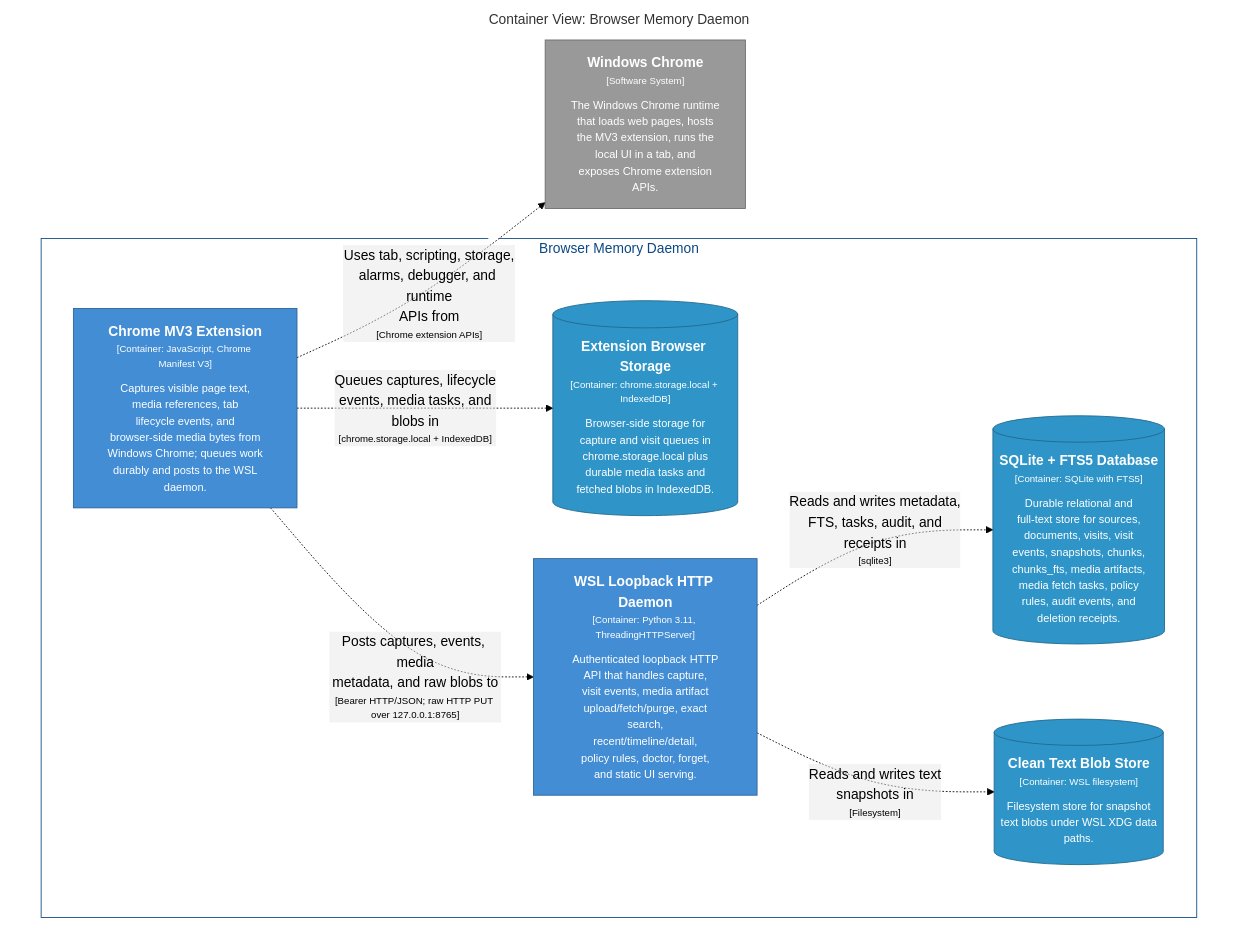
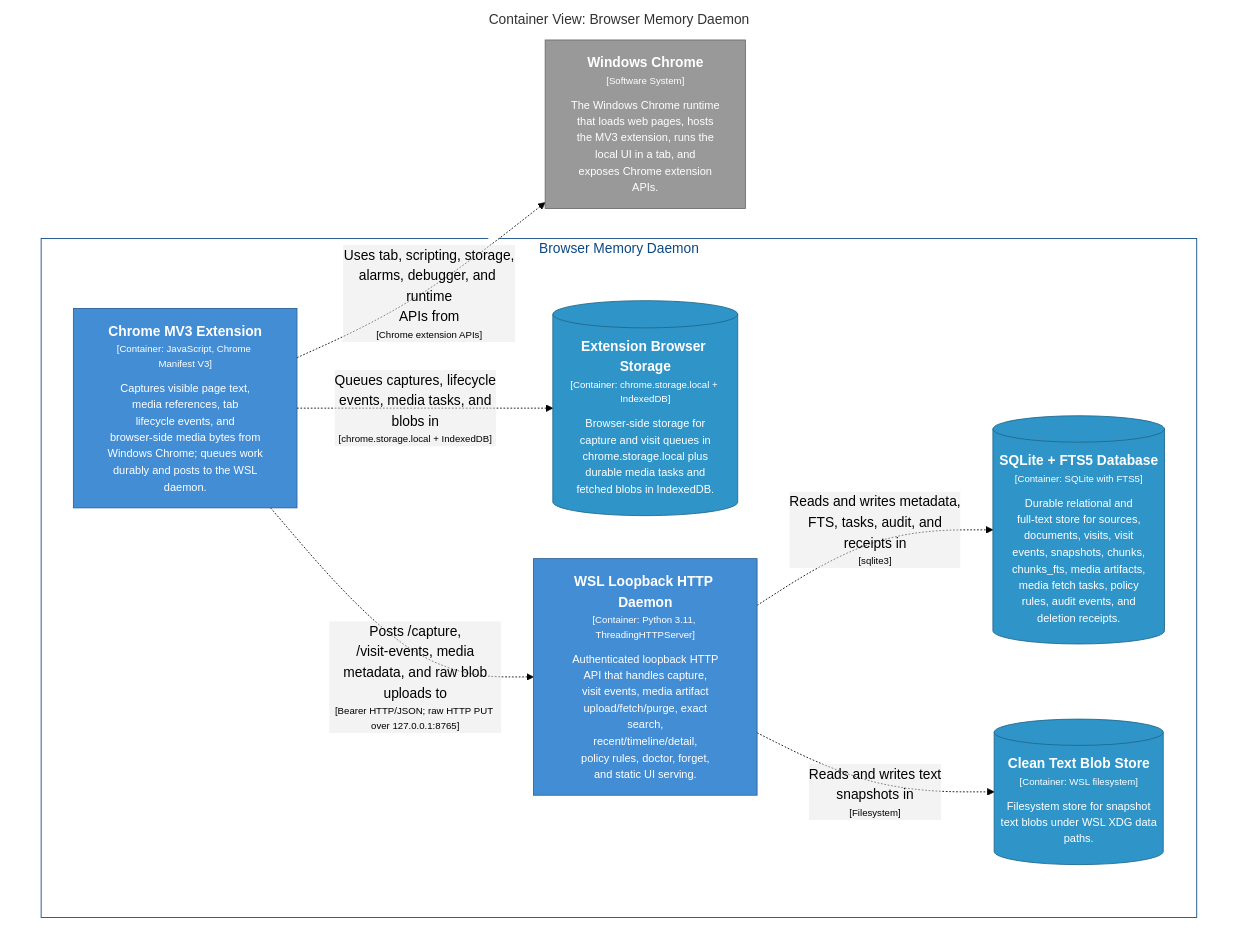
Before and after one commit to michaelnicks0/browser-memory-daemon: the diagram in architecture/diagrams/markdown/CaptureContainers.md, drawn with Mermaid (forest theme). The commit also changed 105 other files, not shown here.

Commit message:
docs: reconcile C4 and behavioral diagrams

````diff
--- a/architecture/diagrams/markdown/CaptureContainers.md
+++ b/architecture/diagrams/markdown/CaptureContainers.md
@@ -16,33 +16,33 @@
 ```mermaid
 graph TB
   linkStyle default fill:#ffffff
 
   subgraph diagram ["Container View: Browser Memory Daemon"]
     style diagram fill:#ffffff,stroke:#ffffff
 
     2["<div style='font-weight: bold'>Windows Chrome</div><div style='font-size: 70%; margin-top: 0px'>[Software System]</div><div style='font-size: 80%; margin-top:10px'>The Windows Chrome runtime<br />that loads web pages, hosts<br />the MV3 extension, runs the<br />local UI in a tab, and<br />exposes Chrome extension<br />APIs.</div>"]
     style 2 fill:#999999,stroke:#6b6b6b,color:#ffffff
 
     subgraph 4 ["Browser Memory Daemon"]
       style 4 fill:#ffffff,stroke:#0b4884,color:#0b4884
 
       13[("<div style='font-weight: bold'>Extension Browser Storage</div><div style='font-size: 70%; margin-top: 0px'>[Container: chrome.storage.local + IndexedDB]</div><div style='font-size: 80%; margin-top:10px'>Browser-side storage for<br />capture and visit queues in<br />chrome.storage.local plus<br />durable media tasks and<br />fetched blobs in IndexedDB.</div>")]
       style 13 fill:#2f95c8,stroke:#20688c,color:#ffffff
       14["<div style='font-weight: bold'>WSL Loopback HTTP Daemon</div><div style='font-size: 70%; margin-top: 0px'>[Container: Python 3.11, ThreadingHTTPServer]</div><div style='font-size: 80%; margin-top:10px'>Authenticated loopback HTTP<br />API that handles capture,<br />visit events, media artifact<br />upload/fetch/purge, exact<br />search,<br />recent/timeline/detail,<br />policy rules, doctor, forget,<br />and static UI serving.</div>"]
       style 14 fill:#438dd5,stroke:#2e6295,color:#ffffff
       27[("<div style='font-weight: bold'>SQLite + FTS5 Database</div><div style='font-size: 70%; margin-top: 0px'>[Container: SQLite with FTS5]</div><div style='font-size: 80%; margin-top:10px'>Durable relational and<br />full-text store for sources,<br />documents, visits, visit<br />events, snapshots, chunks,<br />chunks_fts, media artifacts,<br />media fetch tasks, policy<br />rules, audit events, and<br />deletion receipts.</div>")]
       style 27 fill:#2f95c8,stroke:#20688c,color:#ffffff
       28[("<div style='font-weight: bold'>Clean Text Blob Store</div><div style='font-size: 70%; margin-top: 0px'>[Container: WSL filesystem]</div><div style='font-size: 80%; margin-top:10px'>Filesystem store for snapshot<br />text blobs under WSL XDG data<br />paths.</div>")]
       style 28 fill:#2f95c8,stroke:#20688c,color:#ffffff
       5["<div style='font-weight: bold'>Chrome MV3 Extension</div><div style='font-size: 70%; margin-top: 0px'>[Container: JavaScript, Chrome Manifest V3]</div><div style='font-size: 80%; margin-top:10px'>Captures visible page text,<br />media references, tab<br />lifecycle events, and<br />browser-side media bytes from<br />Windows Chrome; queues work<br />durably and posts to the WSL<br />daemon.</div>"]
       style 5 fill:#438dd5,stroke:#2e6295,color:#ffffff
     end
 
     5-. "<div>Uses tab, scripting, storage,<br />alarms, debugger, and runtime<br />APIs from</div><div style='font-size: 70%'>[Chrome extension APIs]</div>" .->2
     5-. "<div>Queues captures, lifecycle<br />events, media tasks, and<br />blobs in</div><div style='font-size: 70%'>[chrome.storage.local + IndexedDB]</div>" .->13
-    5-. "<div>Posts captures, events, media<br />metadata, and raw blobs to</div><div style='font-size: 70%'>[Bearer HTTP/JSON; raw HTTP PUT over 127.0.0.1:8765]</div>" .->14
+    5-. "<div>Posts /capture,<br />/visit-events, media<br />metadata, and raw blob<br />uploads to</div><div style='font-size: 70%'>[Bearer HTTP/JSON; raw HTTP PUT over 127.0.0.1:8765]</div>" .->14
     14-. "<div>Reads and writes metadata,<br />FTS, tasks, audit, and<br />receipts in</div><div style='font-size: 70%'>[sqlite3]</div>" .->27
     14-. "<div>Reads and writes text<br />snapshots in</div><div style='font-size: 70%'>[Filesystem]</div>" .->28
 
   end
 ```
````
